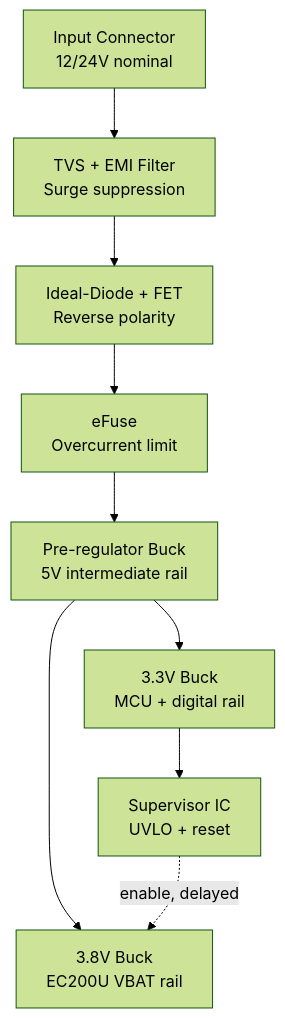
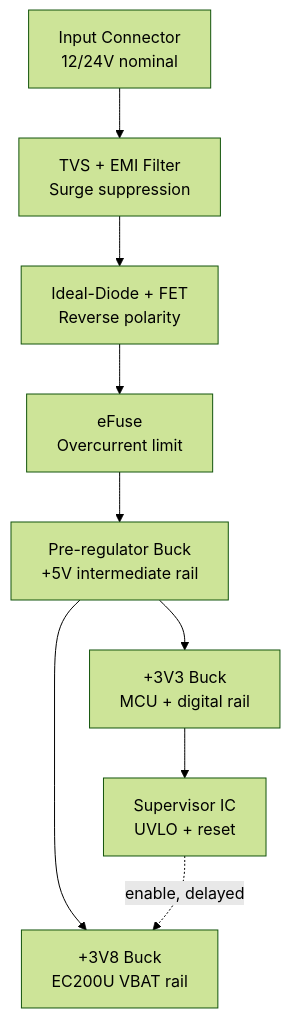
One commit to handiko/Power-Design changed the diagram in README.md. Above: the diagram before and after it, drawn with Mermaid (forest theme). The commit also changed other lines of this file, not shown here.

Commit message:
Update voltage rail references in README

````diff
--- a/README.md
+++ b/README.md
@@ -23,11 +23,11 @@
 ```mermaid
 flowchart TB
     A["Input Connector<br/>12/24V nominal"] --> B["TVS + EMI Filter<br/>Surge suppression"]
     B --> C["Ideal-Diode + FET<br/>Reverse polarity"]
     C --> D["eFuse<br/>Overcurrent limit"]
-    D --> E["Pre-regulator Buck<br/>5V intermediate rail"]
-    E --> F["3.3V Buck<br/>MCU + digital rail"]
-    E --> G["3.8V Buck<br/>EC200U VBAT rail"]
+    D --> E["Pre-regulator Buck<br/>+5V intermediate rail"]
+    E --> F["+3V3 Buck<br/>MCU + digital rail"]
+    E --> G["+3V8 Buck<br/>EC200U VBAT rail"]
     F --> H["Supervisor IC<br/>UVLO + reset"]
     H -. enable, delayed .-> G
 ```
````
